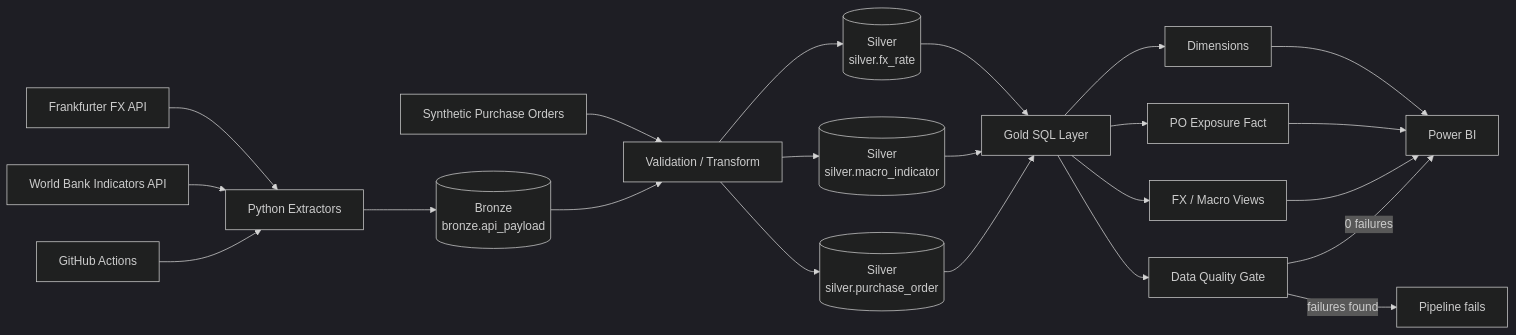
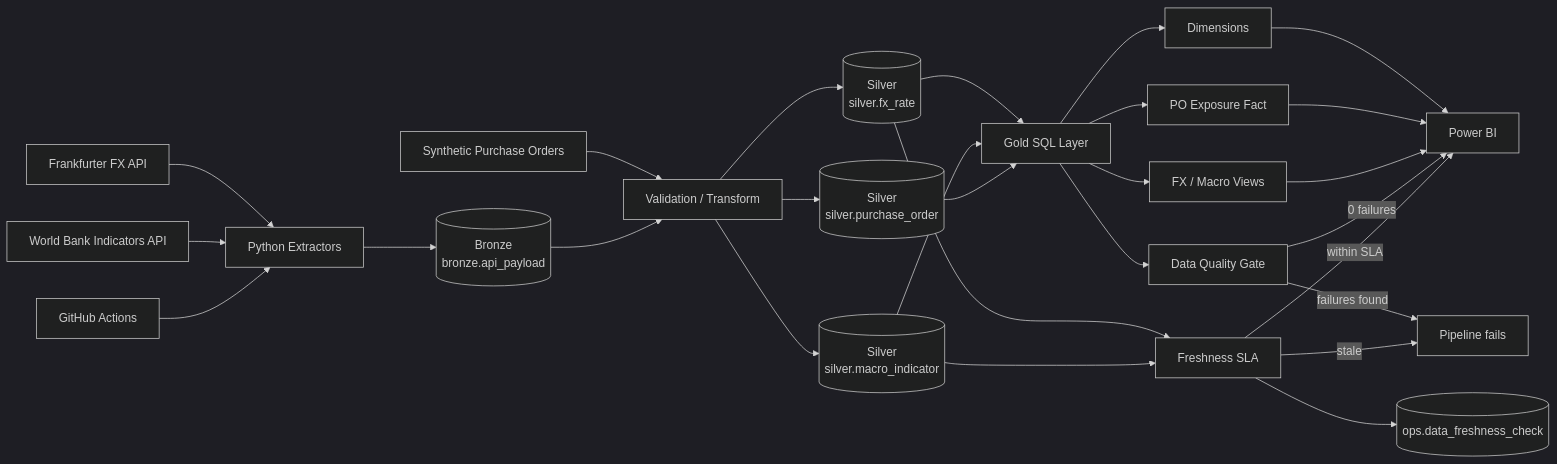
The first of 2 diagrams in docs/architecture.md (Nathi111/fx-treasury-intelligence), drawn with Mermaid (dark theme) before and after one commit. The commit also changed other lines of this file and 12 other files, not shown here.

First line of the commit message:
Add automated data freshness SLA

````diff
--- a/docs/architecture.md
+++ b/docs/architecture.md
@@ -5,31 +5,36 @@
 ```mermaid
 flowchart LR
     A[Frankfurter FX API] --> E[Python Extractors]
     B[World Bank Indicators API] --> E
     C[Synthetic Purchase Orders] --> T[Validation / Transform]
 
     E --> BR[(Bronze<br/>bronze.api_payload)]
     BR --> T
 
     T --> S1[(Silver<br/>silver.fx_rate)]
     T --> S2[(Silver<br/>silver.macro_indicator)]
     T --> S3[(Silver<br/>silver.purchase_order)]
 
     S1 --> G[Gold SQL Layer]
     S2 --> G
     S3 --> G
 
     G --> D1[Dimensions]
     G --> F1[PO Exposure Fact]
     G --> V1[FX / Macro Views]
     G --> Q[Data Quality Gate]
+    S1 --> FR[Freshness SLA]
+    S2 --> FR
+    FR --> O[(ops.data_freshness_check)]
 
     D1 --> P[Power BI]
     F1 --> P
     V1 --> P
 
     Q -->|0 failures| P
     Q -->|failures found| X[Pipeline fails]
+    FR -->|within SLA| P
+    FR -->|stale| X
 
     GH[GitHub Actions] --> E
 ```
````
